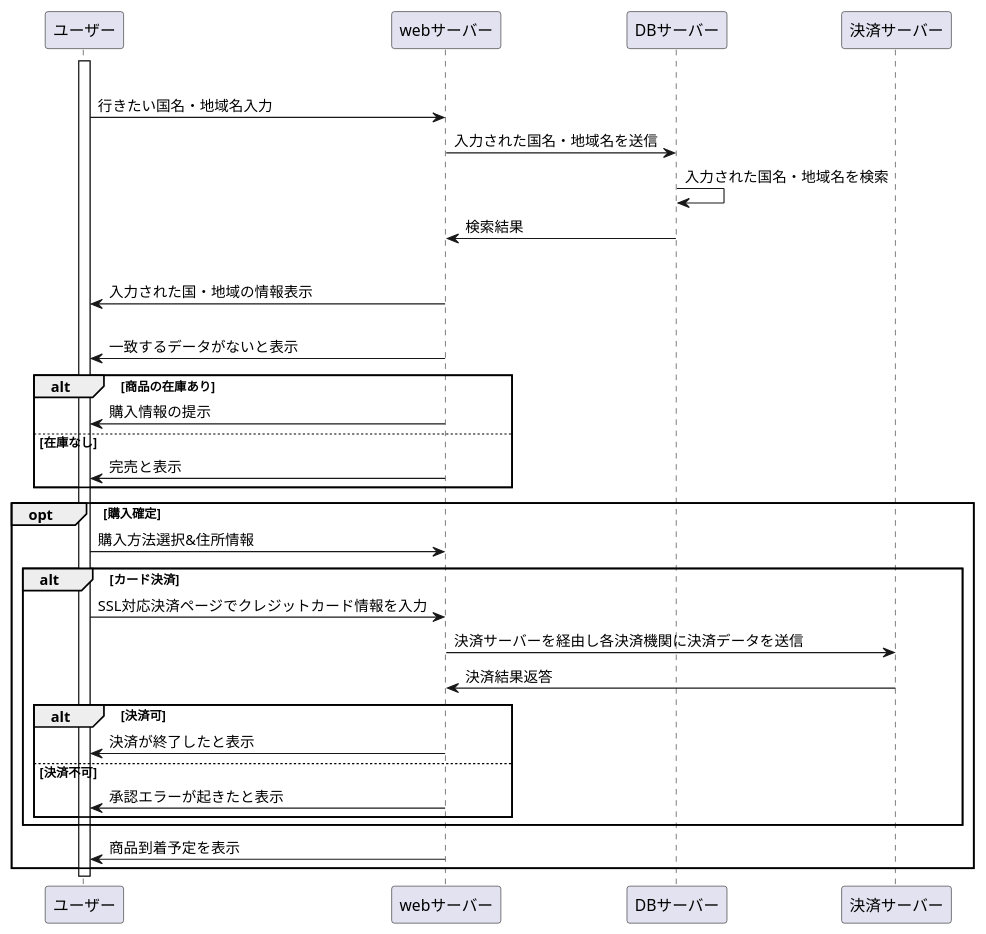
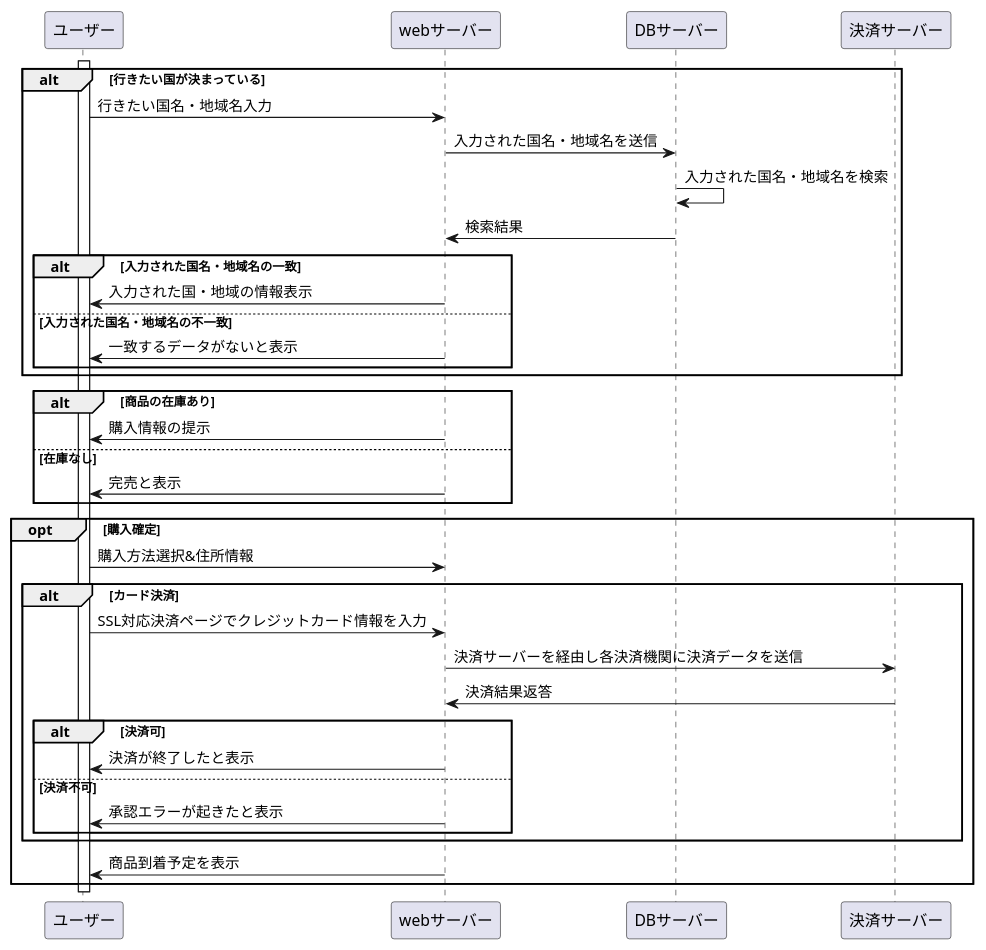
The diagram in kadai6.md (Aso2001195/2021sys-design), drawn with PlantUML before and after one commit.

````diff
--- a/kadai6.md
+++ b/kadai6.md
@@ -1,36 +1,38 @@
 ```uml
 @startuml
 activate ユーザー
 alt 行きたい国が決まっている
 ユーザー->webサーバー:行きたい国名・地域名入力
 webサーバー->DBサーバー:入力された国名・地域名を送信
 DBサーバー->DBサーバー:入力された国名・地域名を検索
 DBサーバー->webサーバー:検索結果
 alt 入力された国名・地域名の一致
 webサーバー->ユーザー:入力された国・地域の情報表示
 else 入力された国名・地域名の不一致
 webサーバー->ユーザー:一致するデータがないと表示
+end
+end
 
 alt 商品の在庫あり
 webサーバー->ユーザー:購入情報の提示
 else 在庫なし
 webサーバー->ユーザー:完売と表示
 end 
 
 opt 購入確定
 ユーザー->webサーバー:購入方法選択&住所情報
   alt カード決済
   ユーザー->webサーバー:SSL対応決済ページでクレジットカード情報を入力
   webサーバー->決済サーバー:決済サーバーを経由し各決済機関に決済データを送信
   決済サーバー->webサーバー:決済結果返答
   alt 決済可
   webサーバー->ユーザー:決済が終了したと表示
   else 決済不可
   webサーバー->ユーザー:承認エラーが起きたと表示
   end
   end
   webサーバー->ユーザー:商品到着予定を表示
   end
 deactivate ユーザー
 @enduml
 ```
````
